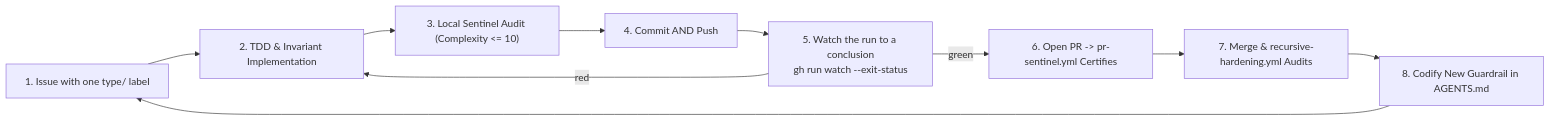
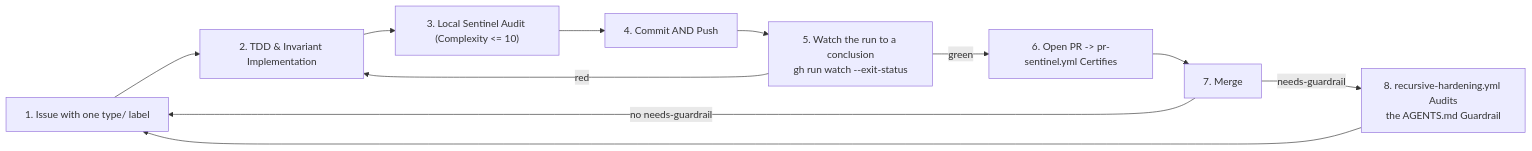
The diagram in AGENTS.md (dan-petty/vibes), drawn with Mermaid before and after one commit. The commit also changed other lines of this file and 5 other files, not shown here.

First line of the commit message:
ci: Run recursive hardening only for needs-guardrail (#293)

````diff
--- a/AGENTS.md
+++ b/AGENTS.md
@@ -206,12 +206,13 @@
 ```mermaid
 flowchart LR
     Issue["1. Issue with one type/ label"] --> Dev["2. TDD & Invariant Implementation"]
     Dev --> LocalSentinel["3. Local Sentinel Audit (Complexity <= 10)"]
     LocalSentinel --> Push["4. Commit AND Push"]
     Push --> Watch["5. Watch the run to a conclusion<br/>gh run watch --exit-status"]
     Watch -->|"red"| Dev
     Watch -->|"green"| PR["6. Open PR -> pr-sentinel.yml Certifies"]
-    PR --> Merge["7. Merge & recursive-hardening.yml Audits"]
-    Merge --> Harden["8. Codify New Guardrail in AGENTS.md"]
+    PR --> Merge["7. Merge"]
+    Merge -->|"needs-guardrail"| Harden["8. recursive-hardening.yml Audits<br/>the AGENTS.md Guardrail"]
+    Merge -->|"no needs-guardrail"| Issue
     Harden --> Issue
 ```
````
